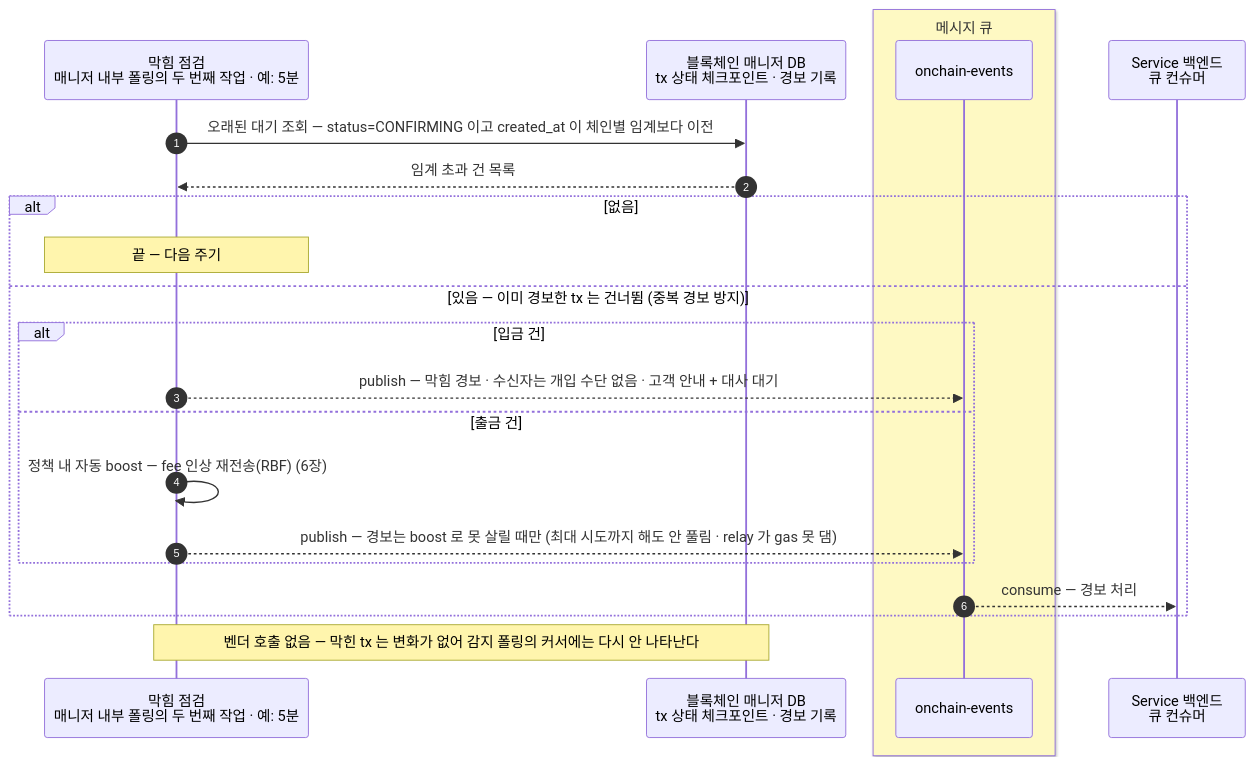
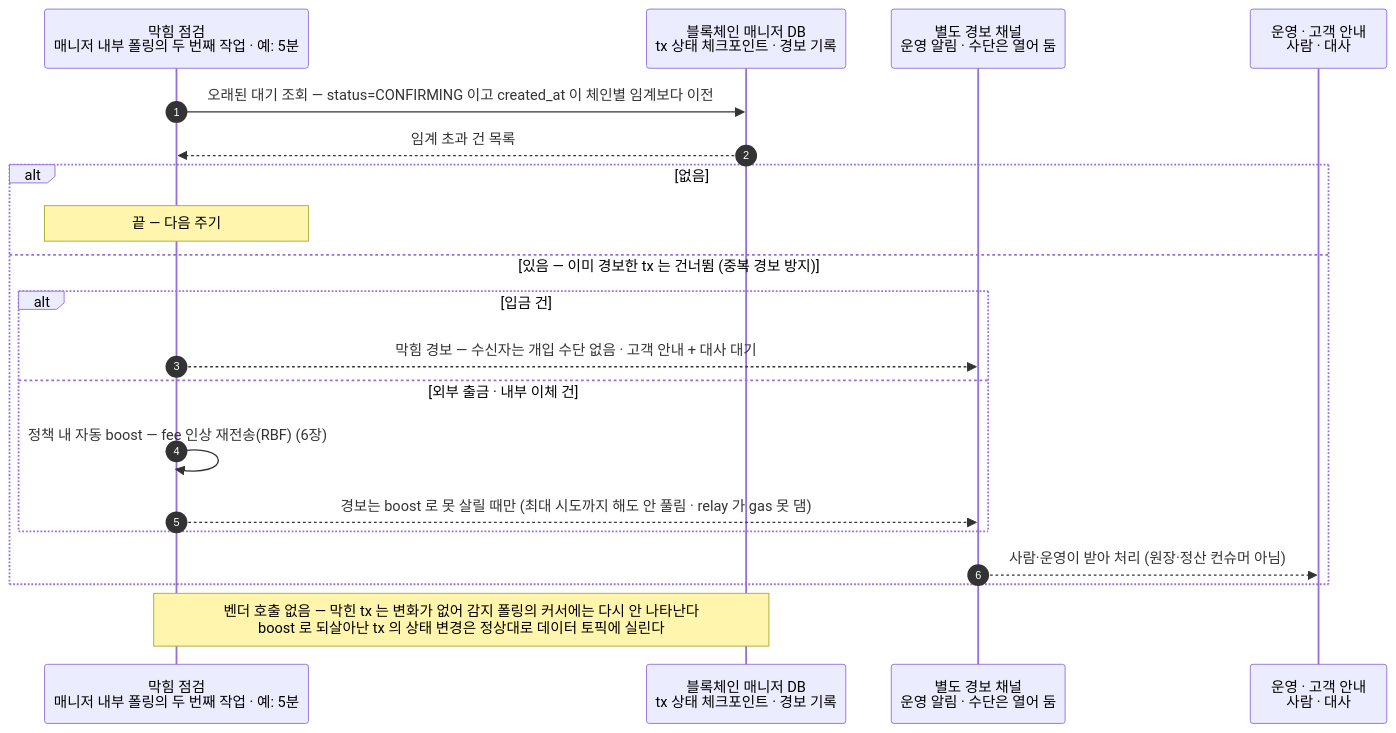
One commit to eunsujeo/eunpus changed the second of 2 diagrams in blockchain-manager/docs/블록체인매니저/설계/04-detect-confirm.md. Above: the diagram before and after it, drawn with Mermaid. The commit also changed other lines of this file and 6 other files, not shown here.

````diff
--- a/blockchain-manager/docs/블록체인매니저/설계/04-detect-confirm.md
+++ b/blockchain-manager/docs/블록체인매니저/설계/04-detect-confirm.md
@@ -121,25 +132,23 @@
 ```mermaid
 sequenceDiagram
     autonumber
     participant SW as 막힘 점검<br/>매니저 내부 폴링의 두 번째 작업 · 예: 5분
     participant MDB as 블록체인 매니저 DB<br/>tx 상태 체크포인트 · 경보 기록
-    box rgb(254,249,195) 메시지 큐
-    participant MQ as onchain-events
-    end
-    participant BE as Service 백엔드<br/>큐 컨슈머
+    participant AL as 별도 경보 채널<br/>운영 알림 · 수단은 열어 둠
+    participant OPS as 운영 · 고객 안내<br/>사람 · 대사
 
     SW->>MDB: 오래된 대기 조회 — status=CONFIRMING 이고 created_at 이 체인별 임계보다 이전
     MDB-->>SW: 임계 초과 건 목록
     alt 없음
         Note over SW: 끝 — 다음 주기
     else 있음 — 이미 경보한 tx 는 건너뜀 (중복 경보 방지)
         alt 입금 건
-            SW-->>MQ: publish — 막힘 경보 · 수신자는 개입 수단 없음 · 고객 안내 + 대사 대기
-        else 출금 건
+            SW-->>AL: 막힘 경보 — 수신자는 개입 수단 없음 · 고객 안내 + 대사 대기
+        else 외부 출금 · 내부 이체 건
             SW->>SW: 정책 내 자동 boost — fee 인상 재전송(RBF) (6장)
-            SW-->>MQ: publish — 경보는 boost 로 못 살릴 때만 (최대 시도까지 해도 안 풀림 · relay 가 gas 못 댐)
+            SW-->>AL: 경보는 boost 로 못 살릴 때만 (최대 시도까지 해도 안 풀림 · relay 가 gas 못 댐)
         end
-        MQ-->>BE: consume — 경보 처리
+        AL-->>OPS: 사람·운영이 받아 처리 (원장·정산 컨슈머 아님)
     end
-    Note over SW,MDB: 벤더 호출 없음 — 막힌 tx 는 변화가 없어 감지 폴링의 커서에는 다시 안 나타난다
+    Note over SW,MDB: 벤더 호출 없음 — 막힌 tx 는 변화가 없어 감지 폴링의 커서에는 다시 안 나타난다<br/>boost 로 되살아난 tx 의 상태 변경은 정상대로 데이터 토픽에 실린다
 ```
````
